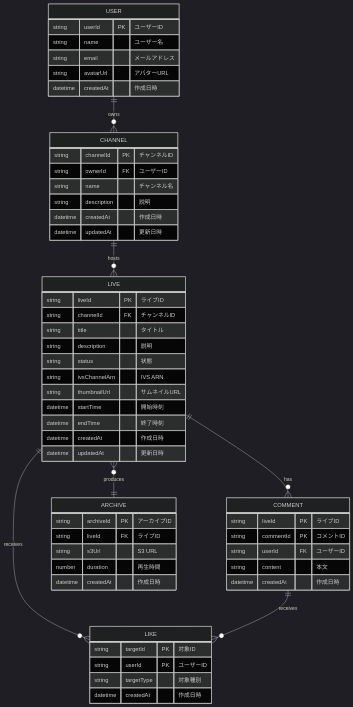
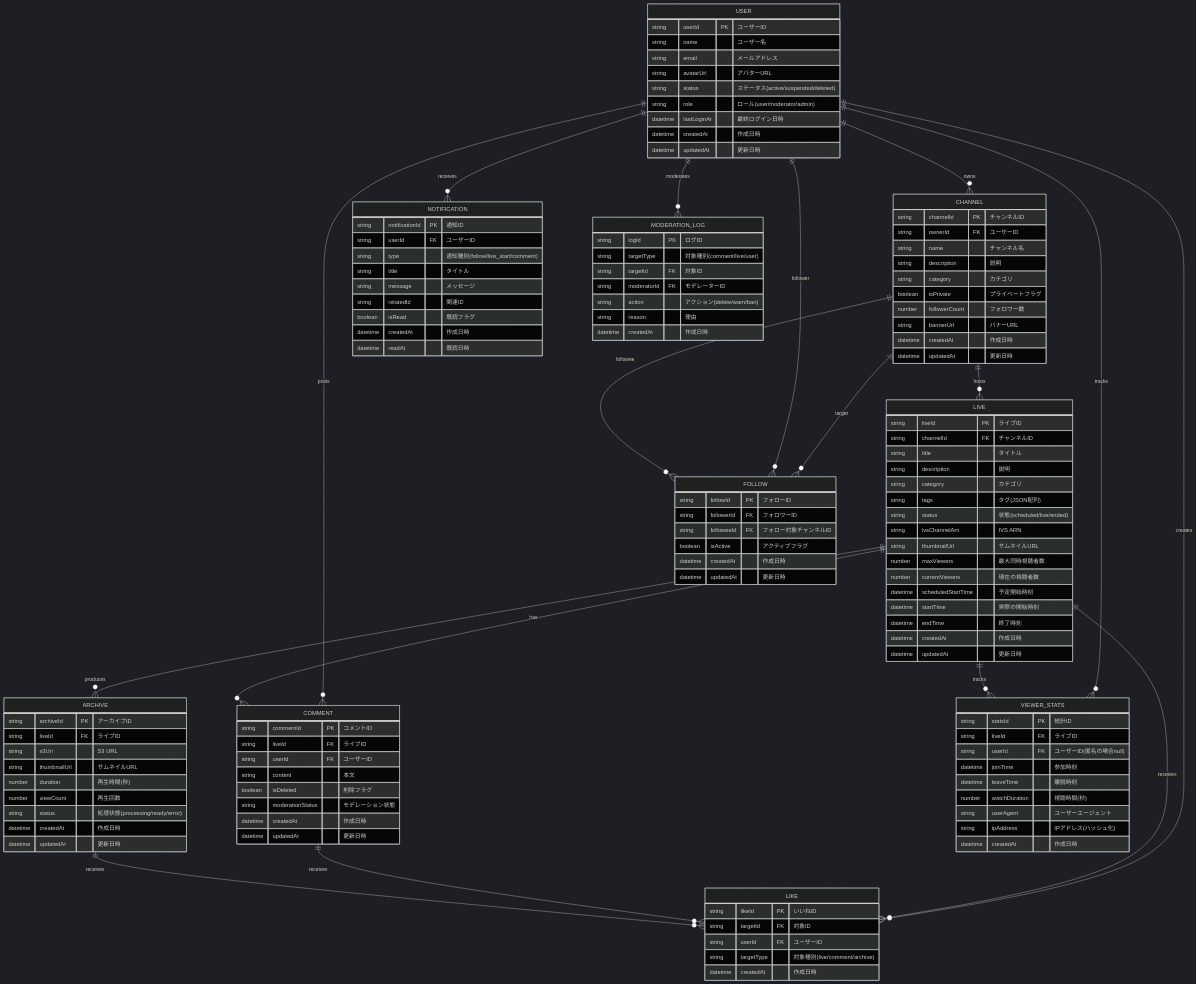
Before and after one commit to Syota622/cdk_live: the diagram in design/DB/README.md, drawn with Mermaid (dark theme). The commit also changed 2 other files, not shown here.

Commit message:
アップデート

````diff
--- a/design/DB/README.md
+++ b/design/DB/README.md
@@ -6,7 +6,11 @@
         string name "ユーザー名"
         string email "メールアドレス"
         string avatarUrl "アバターURL"
+        string status "ステータス(active/suspended/deleted)"
+        string role "ロール(user/moderator/admin)"
+        datetime lastLoginAt "最終ログイン日時"
         datetime createdAt "作成日時"
+        datetime updatedAt "更新日時"
     }
 
     CHANNEL {
@@ -14,6 +18,10 @@
         string ownerId FK "ユーザーID"
         string name "チャンネル名"
         string description "説明"
+        string category "カテゴリ"
+        boolean isPrivate "プライベートフラグ"
+        number followerCount "フォロワー数"
+        string bannerUrl "バナーURL"
         datetime createdAt "作成日時"
         datetime updatedAt "更新日時"
     }
@@ -23,43 +31,115 @@
         string channelId FK "チャンネルID"
         string title "タイトル"
         string description "説明"
-        string status "状態"
+        string category "カテゴリ"
+        string tags "タグ(JSON配列)"
+        string status "状態(scheduled/live/ended)"
         string ivsChannelArn "IVS ARN"
         string thumbnailUrl "サムネイルURL"
-        datetime startTime "開始時刻"
+        number maxViewers "最大同時視聴者数"
+        number currentViewers "現在の視聴者数"
+        datetime scheduledStartTime "予定開始時刻"
+        datetime startTime "実際の開始時刻"
         datetime endTime "終了時刻"
         datetime createdAt "作成日時"
         datetime updatedAt "更新日時"
     }
 
     COMMENT {
-        string liveId PK "ライブID"
         string commentId PK "コメントID"
+        string liveId FK "ライブID"
         string userId FK "ユーザーID"
         string content "本文"
+        boolean isDeleted "削除フラグ"
+        string moderationStatus "モデレーション状態"
         datetime createdAt "作成日時"
+        datetime updatedAt "更新日時"
     }
 
     ARCHIVE {
         string archiveId PK "アーカイブID"
         string liveId FK "ライブID"
         string s3Url "S3 URL"
-        number duration "再生時間"
+        string thumbnailUrl "サムネイルURL"
+        number duration "再生時間(秒)"
+        number viewCount "再生回数"
+        string status "処理状態(processing/ready/error)"
+        datetime createdAt "作成日時"
+        datetime updatedAt "更新日時"
+    }
+
+    LIKE {
+        string likeId PK "いいねID"
+        string targetId FK "対象ID"
+        string userId FK "ユーザーID"
+        string targetType "対象種別(live/comment/archive)"
         datetime createdAt "作成日時"
     }
 
-    LIKE {
-        string targetId PK "対象ID"
-        string userId PK "ユーザーID"
-        string targetType "対象種別"
+    FOLLOW {
+        string followId PK "フォローID"
+        string followerId FK "フォロワーID"
+        string followeeId FK "フォロー対象チャンネルID"
+        boolean isActive "アクティブフラグ"
+        datetime createdAt "作成日時"
+        datetime updatedAt "更新日時"
+    }
+
+    NOTIFICATION {
+        string notificationId PK "通知ID"
+        string userId FK "ユーザーID"
+        string type "通知種別(follow/live_start/comment)"
+        string title "タイトル"
+        string message "メッセージ"
+        string relatedId "関連ID"
+        boolean isRead "既読フラグ"
+        datetime createdAt "作成日時"
+        datetime readAt "既読日時"
+    }
+
+    VIEWER_STATS {
+        string statsId PK "統計ID"
+        string liveId FK "ライブID"
+        string userId FK "ユーザーID(匿名の場合null)"
+        datetime joinTime "参加時刻"
+        datetime leaveTime "離脱時刻"
+        number watchDuration "視聴時間(秒)"
+        string userAgent "ユーザーエージェント"
+        string ipAddress "IPアドレス(ハッシュ化)"
         datetime createdAt "作成日時"
     }
 
+    MODERATION_LOG {
+        string logId PK "ログID"
+        string targetType "対象種別(comment/live/user)"
+        string targetId FK "対象ID"
+        string moderatorId FK "モデレーターID"
+        string action "アクション(delete/warn/ban)"
+        string reason "理由"
+        datetime createdAt "作成日時"
+    }
+
+    %% リレーション
     USER ||--o{ CHANNEL : owns
+    USER ||--o{ COMMENT : posts
+    USER ||--o{ LIKE : creates
+    USER ||--o{ NOTIFICATION : receives
+    USER ||--o{ VIEWER_STATS : tracks
+    USER ||--o{ MODERATION_LOG : moderates
+
     CHANNEL ||--o{ LIVE : hosts
+    CHANNEL ||--o{ FOLLOW : target
+
     LIVE ||--o{ COMMENT : has
-    LIVE }o--|| ARCHIVE : produces
+    LIVE ||--o{ ARCHIVE : produces
     LIVE ||--o{ LIKE : receives
+    LIVE ||--o{ VIEWER_STATS : tracks
+
     COMMENT ||--o{ LIKE : receives
 
+    ARCHIVE ||--o{ LIKE : receives
+
+    USER ||--o{ FOLLOW : follower
+    CHANNEL ||--o{ FOLLOW : followee
+
 ```
````
